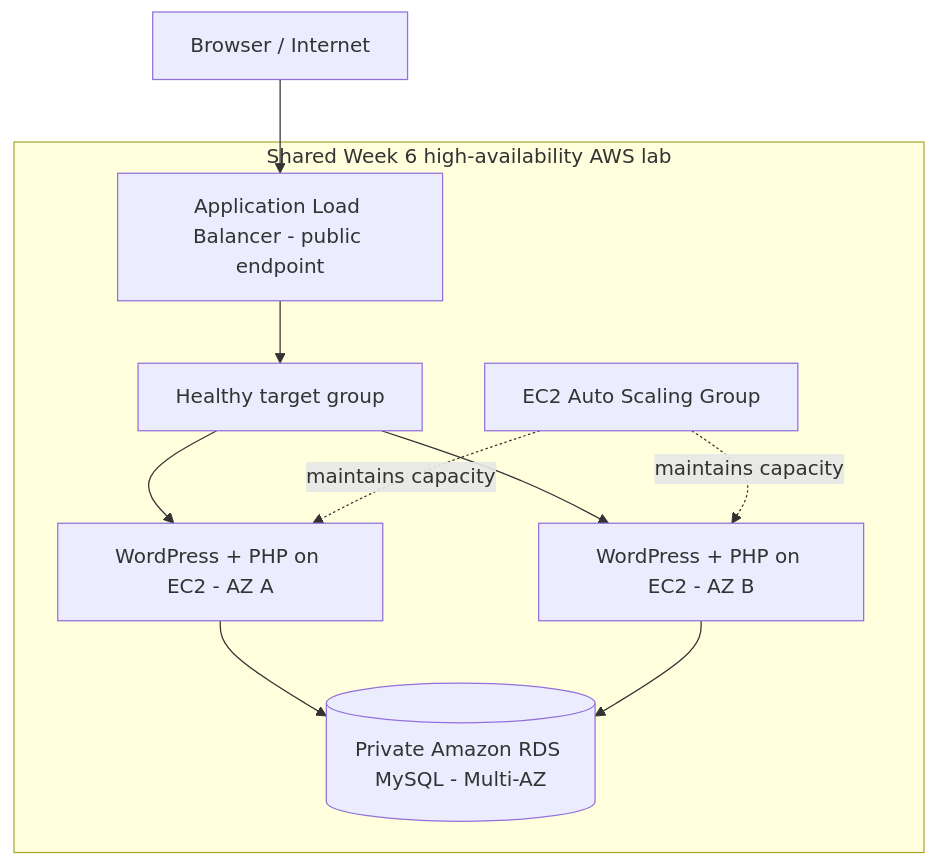
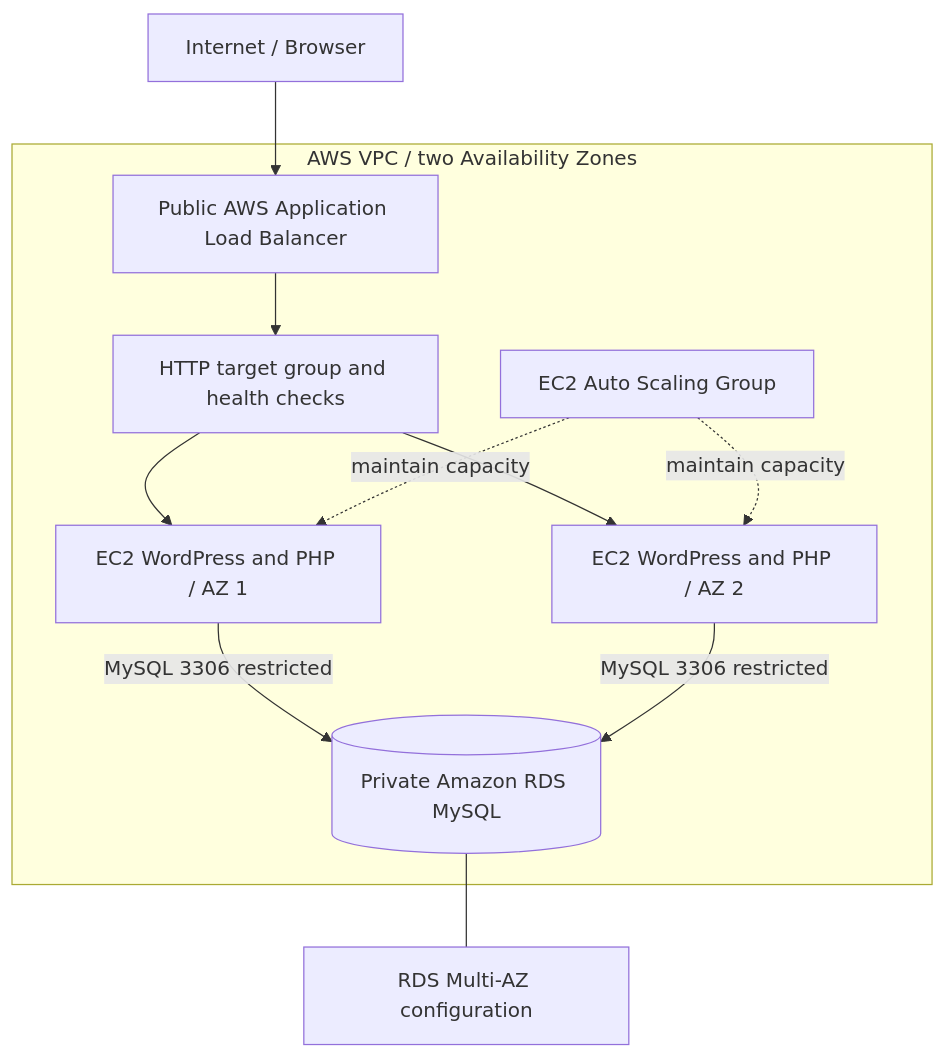
The diagram in diagrams/architecture.mmd (slim274/aws-wordpress-two-tier-high-availability), drawn with Mermaid before and after one commit. The commit also changed 9 other files, not shown here.

Commit message:
Update WordPress two-tier high availability documentation

```diff
--- a/diagrams/architecture.mmd
+++ b/diagrams/architecture.mmd
@@ -1,11 +1,12 @@
 flowchart TB
-    Browser[Browser / Internet] --> ALB
-    subgraph LabVPC[Shared Week 6 high-availability AWS lab]
-       ALB[Application Load Balancer - public endpoint] --> Targets[Healthy target group]
-       Targets --> WP1[WordPress + PHP on EC2 - AZ A]
-       Targets --> WP2[WordPress + PHP on EC2 - AZ B]
-       ASG[EC2 Auto Scaling Group] -. maintains capacity .-> WP1
-       ASG -. maintains capacity .-> WP2
-       WP1 --> DB[(Private Amazon RDS MySQL - Multi-AZ)]
-       WP2 --> DB
+    USER[Internet / Browser] --> ALB[Public AWS Application Load Balancer]
+    subgraph VPC[AWS VPC / two Availability Zones]
+      ALB --> TG[HTTP target group and health checks]
+      TG --> W1[EC2 WordPress and PHP / AZ 1]
+      TG --> W2[EC2 WordPress and PHP / AZ 2]
+      ASG[EC2 Auto Scaling Group] -. maintain capacity .-> W1
+      ASG -. maintain capacity .-> W2
+      W1 -->|MySQL 3306 restricted| DB[(Private Amazon RDS MySQL)]
+      W2 -->|MySQL 3306 restricted| DB
     end
+    DB --- HA[RDS Multi-AZ configuration]
```
